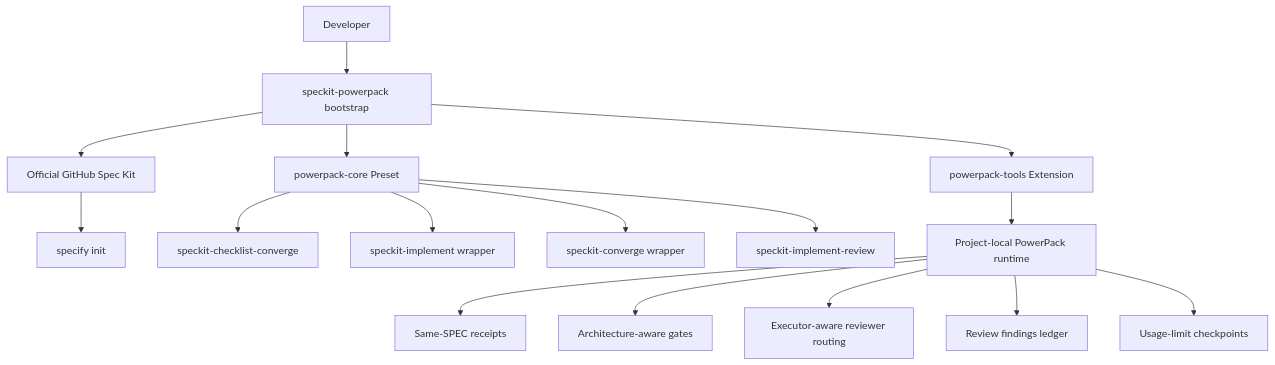
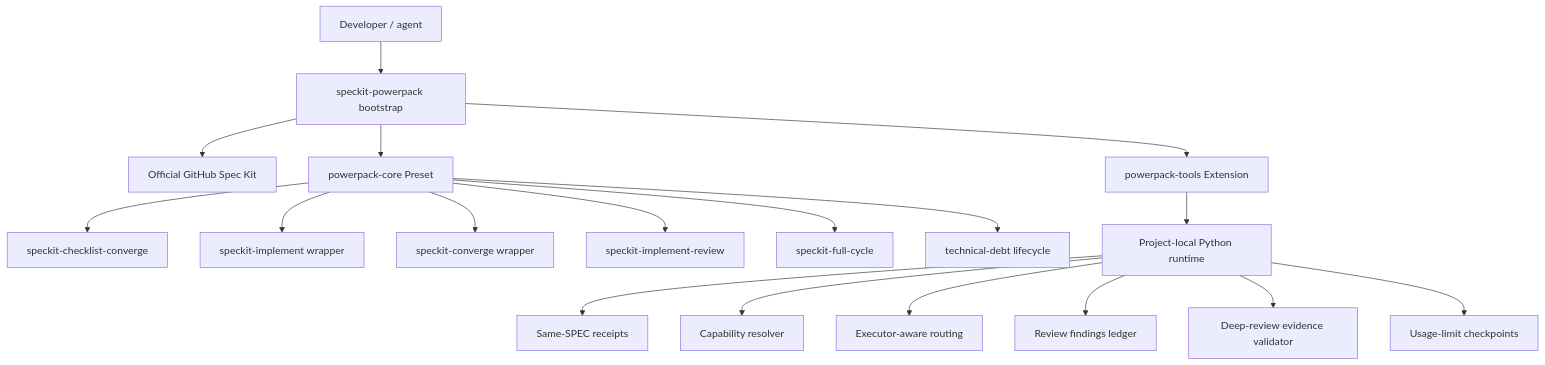
One commit to ds1david/speckit-powerpack changed the first of 9 diagrams in README.md. Above: the diagram before and after it, drawn with Mermaid. The commit also changed other lines of this file, not shown here.

Commit message:
docs: update README for deep review, full-cycle, debt and customization architecture

````diff
--- a/README.md
+++ b/README.md
@@ -25,20 +41,22 @@
 ```mermaid
 flowchart TB
-    U[Developer] --> PP[speckit-powerpack bootstrap]
+    U[Developer / agent] --> PP[speckit-powerpack bootstrap]
     PP --> SK[Official GitHub Spec Kit]
-    SK --> INIT[specify init]
+    PP --> PRE[powerpack-core Preset]
     PP --> EXT[powerpack-tools Extension]
-    PP --> PRE[powerpack-core Preset]
 
     PRE --> CKC[speckit-checklist-converge]
     PRE --> IMP[speckit-implement wrapper]
     PRE --> CONV[speckit-converge wrapper]
     PRE --> REV[speckit-implement-review]
+    PRE --> FULL[speckit-full-cycle]
+    PRE --> DEBT[technical-debt lifecycle]
 
-    EXT --> RT[Project-local PowerPack runtime]
+    EXT --> RT[Project-local Python runtime]
     RT --> STATE[Same-SPEC receipts]
-    RT --> GATE[Architecture-aware gates]
-    RT --> ROUTE[Executor-aware reviewer routing]
-    RT --> TASKS[Review findings ledger]
+    RT --> CAP[Capability resolver]
+    RT --> ROUTE[Executor-aware routing]
+    RT --> LEDGER[Review findings ledger]
+    RT --> VALID[Deep-review evidence validator]
     RT --> LIMITS[Usage-limit checkpoints]
 ```
````
